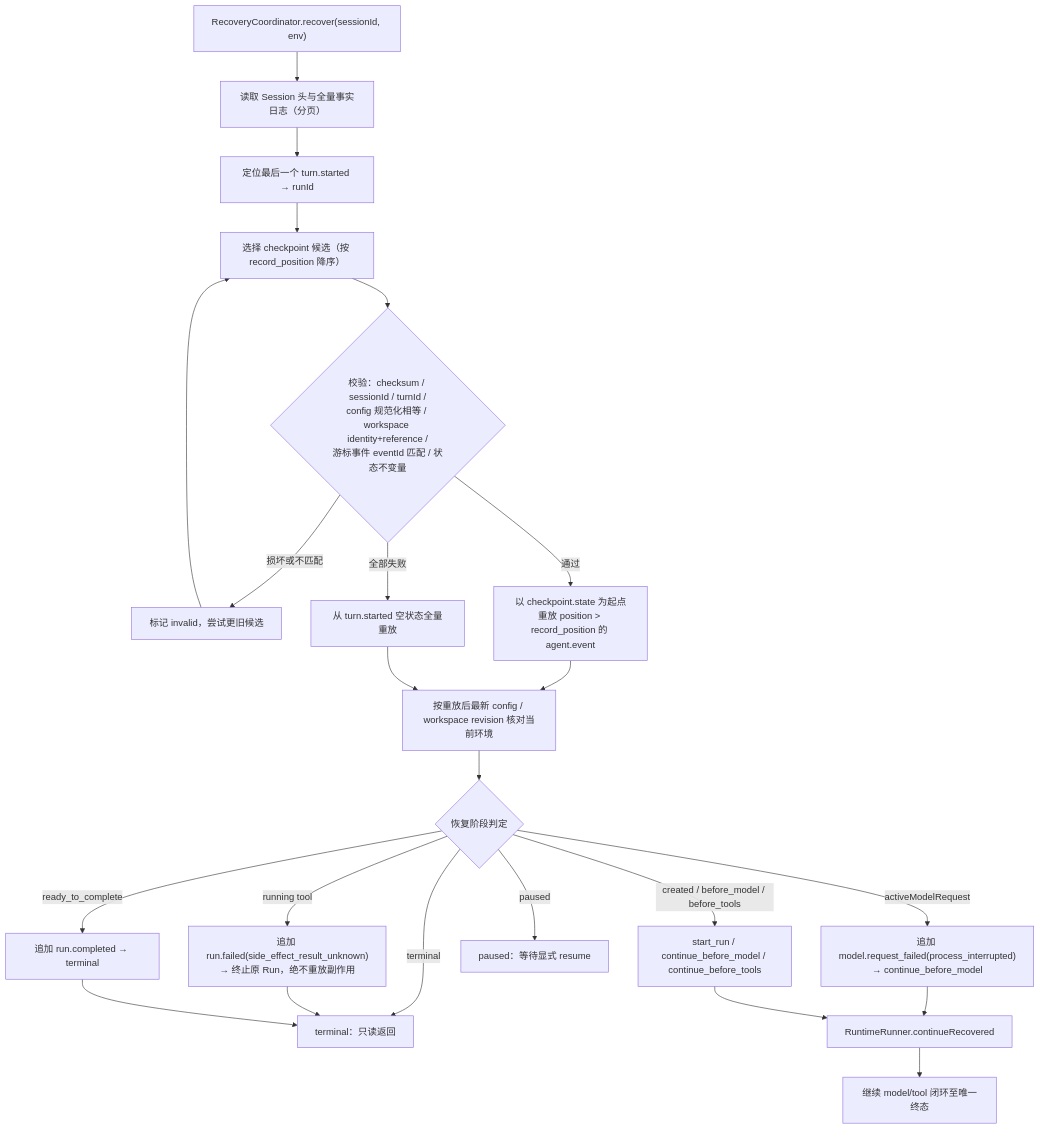
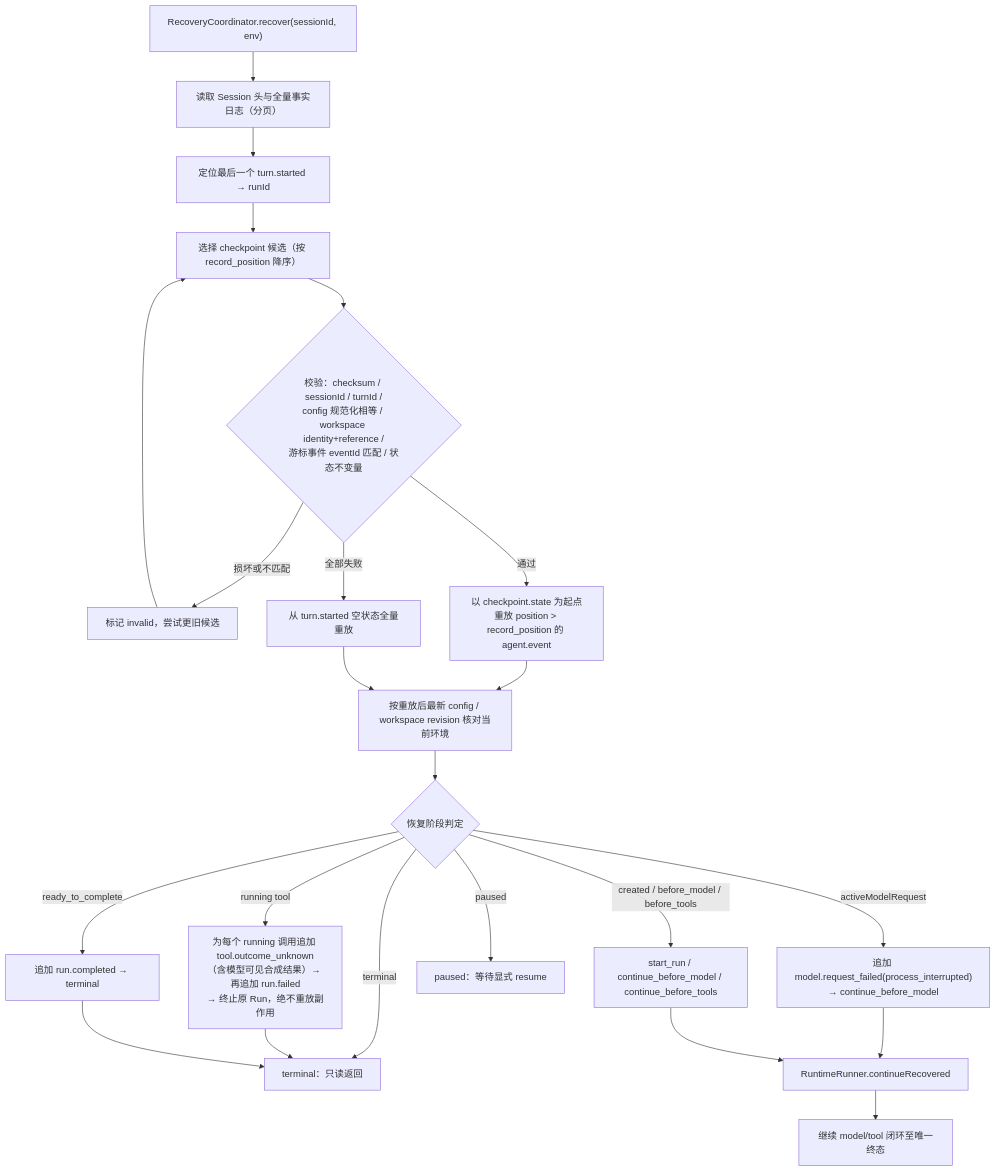
The third of 3 diagrams in docs/architecture/m4-secure-snapshot-incremental-consistency.md (hk865/coding-agent), drawn with Mermaid before and after one commit. The commit also changed other lines of this file and 71 other files, not shown here.

````diff
--- a/docs/architecture/m4-secure-snapshot-incremental-consistency.md
+++ b/docs/architecture/m4-secure-snapshot-incremental-consistency.md
@@ -128,25 +128,25 @@
 ```mermaid
 graph TB
   A["RecoveryCoordinator.recover(sessionId, env)"] --> B["读取 Session 头与全量事实日志（分页）"]
   B --> C["定位最后一个 turn.started → runId"]
   C --> D["选择 checkpoint 候选（按 record_position 降序）"]
   D --> E{"校验：checksum / sessionId / turnId /<br/>config 规范化相等 / workspace identity+reference /<br/>游标事件 eventId 匹配 / 状态不变量"}
   E -->|损坏或不匹配| F["标记 invalid，尝试更旧候选"]
   F --> D
   E -->|通过| G["以 checkpoint.state 为起点<br/>重放 position > record_position 的 agent.event"]
   E -->|全部失败| H["从 turn.started 空状态全量重放"]
   G --> I["按重放后最新 config / workspace revision 核对当前环境"]
   H --> I
   I --> J{"恢复阶段判定"}
   J -->|activeModelRequest| K["追加 model.request_failed(process_interrupted)<br/>→ continue_before_model"]
-  J -->|running tool| L["追加 run.failed(side_effect_result_unknown)<br/>→ 终止原 Run，绝不重放副作用"]
+  J -->|running tool| L["为每个 running 调用追加 tool.outcome_unknown<br/>（含模型可见合成结果）→ 再追加 run.failed<br/>→ 终止原 Run，绝不重放副作用"]
   J -->|ready_to_complete| M["追加 run.completed → terminal"]
   J -->|paused| N["paused：等待显式 resume"]
   J -->|terminal| O["terminal：只读返回"]
   J -->|created / before_model / before_tools| P["start_run / continue_before_model / continue_before_tools"]
   K --> Q["RuntimeRunner.continueRecovered"]
   L --> O
   M --> O
   P --> Q
   Q --> R["继续 model/tool 闭环至唯一终态"]
 ```
````
